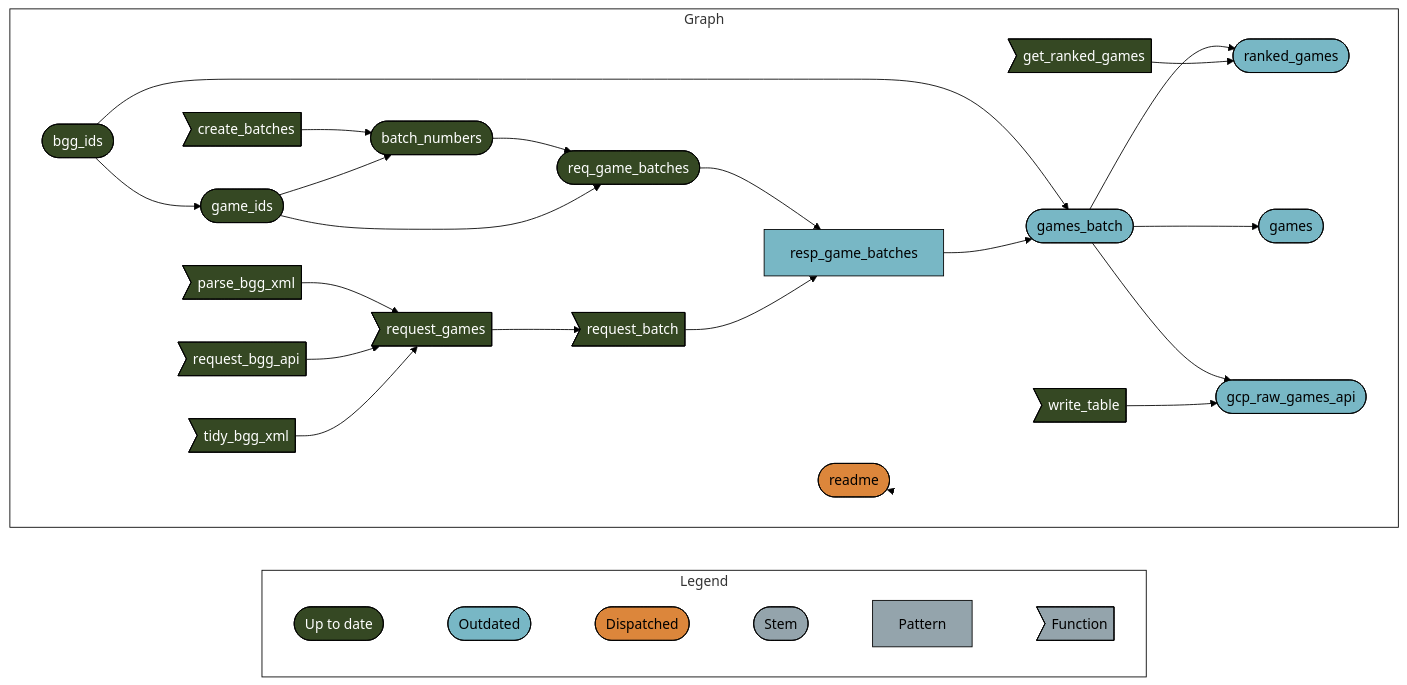
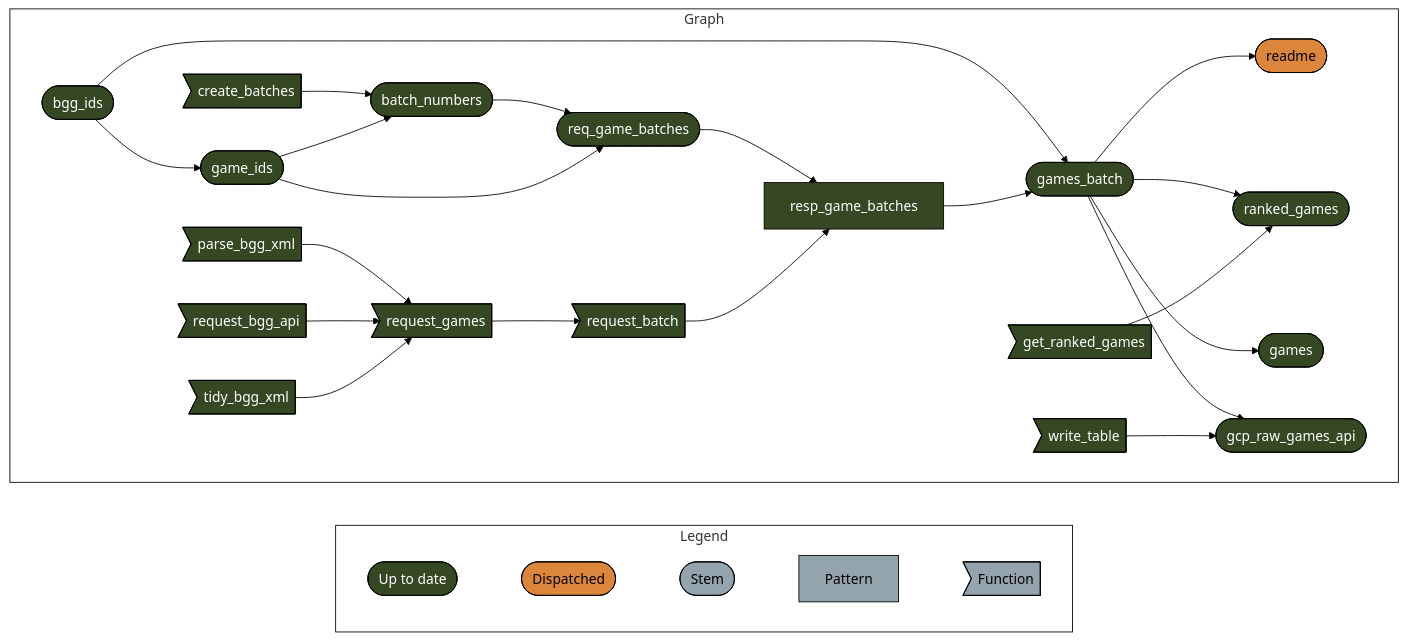
The diagram in README.md (phenrickson/bgg_data), drawn with Mermaid (forest theme) before and after one commit. The commit also changed other lines of this file and 3 other files, not shown here.

````diff
--- a/README.md
+++ b/README.md
@@ -19,45 +19,41 @@
 ``` mermaid
 graph LR
   style Legend fill:#FFFFFF00,stroke:#000000;
   style Graph fill:#FFFFFF00,stroke:#000000;
   subgraph Legend
     direction LR
-    xf1522833a4d242c5([""Up to date""]):::uptodate --- x2db1ec7a48f65a9b([""Outdated""]):::outdated
-    x2db1ec7a48f65a9b([""Outdated""]):::outdated --- xb6630624a7b3aa0f([""Dispatched""]):::dispatched
+    xf1522833a4d242c5([""Up to date""]):::uptodate --- xb6630624a7b3aa0f([""Dispatched""]):::dispatched
     xb6630624a7b3aa0f([""Dispatched""]):::dispatched --- xd03d7c7dd2ddda2b([""Stem""]):::none
     xd03d7c7dd2ddda2b([""Stem""]):::none --- x6f7e04ea3427f824[""Pattern""]:::none
     x6f7e04ea3427f824[""Pattern""]:::none --- xeb2d7cac8a1ce544>""Function""]:::none
   end
   subgraph Graph
     direction LR
     xf9107f40574e0688>"parse_bgg_xml"]:::uptodate --> xb7d8ed75429dd2d3>"request_games"]:::uptodate
     xfa47bc4f9b7ff9d4>"request_bgg_api"]:::uptodate --> xb7d8ed75429dd2d3>"request_games"]:::uptodate
     x7df7644c63b276a4>"tidy_bgg_xml"]:::uptodate --> xb7d8ed75429dd2d3>"request_games"]:::uptodate
     xb7d8ed75429dd2d3>"request_games"]:::uptodate --> x2fa7a9263b0c6d5b>"request_batch"]:::uptodate
+    xac4cca784f3ed72c(["bgg_ids"]):::uptodate --> x9dece1c65ecb5028(["games_batch"]):::uptodate
+    x52391527f3798836["resp_game_batches"]:::uptodate --> x9dece1c65ecb5028(["games_batch"]):::uptodate
+    x9dece1c65ecb5028(["games_batch"]):::uptodate --> xc11069275cfeb620(["readme"]):::dispatched
+    x7dbf8de746cff5f0>"create_batches"]:::uptodate --> xba75b35d0a8e6e78(["batch_numbers"]):::uptodate
+    x2d4f1c2653f94fa0(["game_ids"]):::uptodate --> xba75b35d0a8e6e78(["batch_numbers"]):::uptodate
+    x9dece1c65ecb5028(["games_batch"]):::uptodate --> xbfb25272bc64f3d1(["ranked_games"]):::uptodate
+    x2cf794a60330f53b>"get_ranked_games"]:::uptodate --> xbfb25272bc64f3d1(["ranked_games"]):::uptodate
     xba75b35d0a8e6e78(["batch_numbers"]):::uptodate --> x3b8eb25aed2fb160(["req_game_batches"]):::uptodate
     x2d4f1c2653f94fa0(["game_ids"]):::uptodate --> x3b8eb25aed2fb160(["req_game_batches"]):::uptodate
-    x9dece1c65ecb5028(["games_batch"]):::outdated --> xbfb25272bc64f3d1(["ranked_games"]):::outdated
-    x2cf794a60330f53b>"get_ranked_games"]:::uptodate --> xbfb25272bc64f3d1(["ranked_games"]):::outdated
-    x9dece1c65ecb5028(["games_batch"]):::outdated --> x574e5c623f867900(["games"]):::outdated
+    x9dece1c65ecb5028(["games_batch"]):::uptodate --> x574e5c623f867900(["games"]):::uptodate
     xac4cca784f3ed72c(["bgg_ids"]):::uptodate --> x2d4f1c2653f94fa0(["game_ids"]):::uptodate
-    x7dbf8de746cff5f0>"create_batches"]:::uptodate --> xba75b35d0a8e6e78(["batch_numbers"]):::uptodate
-    x2d4f1c2653f94fa0(["game_ids"]):::uptodate --> xba75b35d0a8e6e78(["batch_numbers"]):::uptodate
-    xac4cca784f3ed72c(["bgg_ids"]):::uptodate --> x9dece1c65ecb5028(["games_batch"]):::outdated
-    x52391527f3798836["resp_game_batches"]:::outdated --> x9dece1c65ecb5028(["games_batch"]):::outdated
-    x3b8eb25aed2fb160(["req_game_batches"]):::uptodate --> x52391527f3798836["resp_game_batches"]:::outdated
-    x2fa7a9263b0c6d5b>"request_batch"]:::uptodate --> x52391527f3798836["resp_game_batches"]:::outdated
-    x9dece1c65ecb5028(["games_batch"]):::outdated --> xfee87d03ded1f217(["gcp_raw_games_api"]):::outdated
-    x82de3cade2b2f46e>"write_table"]:::uptodate --> xfee87d03ded1f217(["gcp_raw_games_api"]):::outdated
-    xc11069275cfeb620(["readme"]):::dispatched --> xc11069275cfeb620(["readme"]):::dispatched
+    x9dece1c65ecb5028(["games_batch"]):::uptodate --> xfee87d03ded1f217(["gcp_raw_games_api"]):::uptodate
+    x82de3cade2b2f46e>"write_table"]:::uptodate --> xfee87d03ded1f217(["gcp_raw_games_api"]):::uptodate
+    x3b8eb25aed2fb160(["req_game_batches"]):::uptodate --> x52391527f3798836["resp_game_batches"]:::uptodate
+    x2fa7a9263b0c6d5b>"request_batch"]:::uptodate --> x52391527f3798836["resp_game_batches"]:::uptodate
   end
   classDef uptodate stroke:#000000,color:#ffffff,fill:#354823;
-  classDef outdated stroke:#000000,color:#000000,fill:#78B7C5;
   classDef dispatched stroke:#000000,color:#000000,fill:#DC863B;
   classDef none stroke:#000000,color:#000000,fill:#94a4ac;
   linkStyle 0 stroke-width:0px;
   linkStyle 1 stroke-width:0px;
   linkStyle 2 stroke-width:0px;
   linkStyle 3 stroke-width:0px;
-  linkStyle 4 stroke-width:0px;
-  linkStyle 23 stroke-width:0px;
 ```
````
